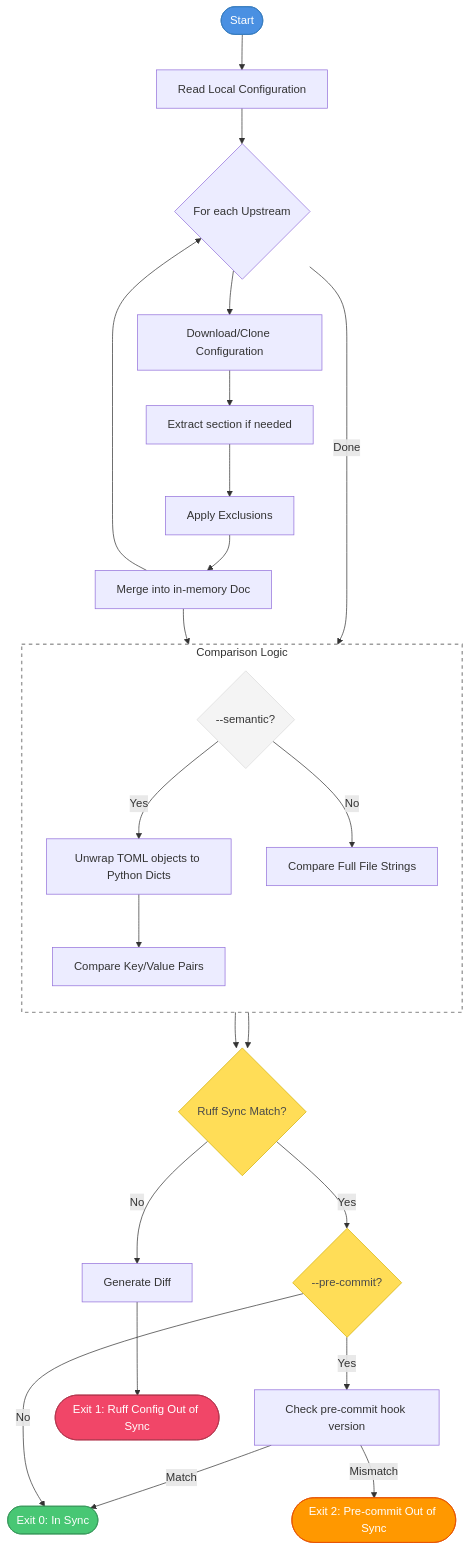
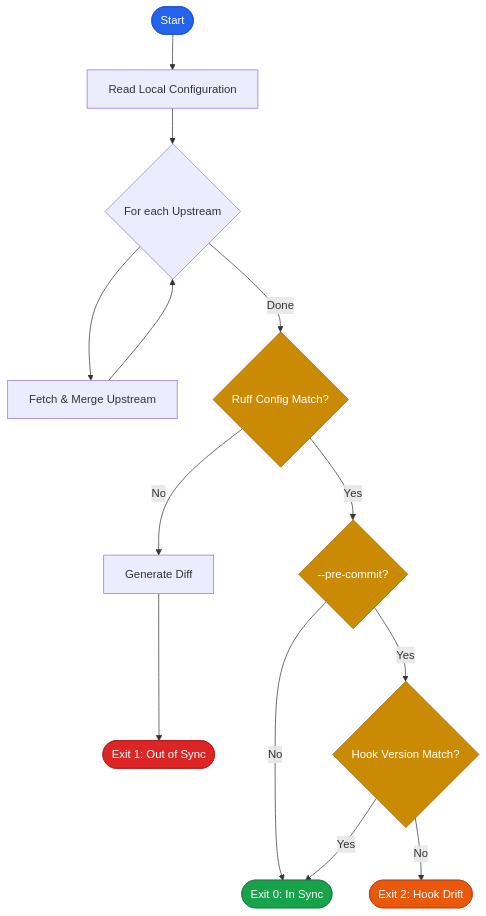
One commit to Kilo59/ruff-sync changed the second of 2 diagrams in docs/usage.md. Above: the diagram before and after it, drawn with Mermaid. The commit also changed other lines of this file and 5 other files, not shown here.

````diff
--- a/docs/usage.md
+++ b/docs/usage.md
@@ -165,43 +172,26 @@
 ```mermaid
 flowchart TD
     Start([Start]) --> Local[Read Local Configuration]
     Local --> Upstreams{For each Upstream}
-    Upstreams --> Download[Download/Clone Configuration]
-    Download --> Extract[Extract section if needed]
-    Extract --> Exclude[Apply Exclusions]
-    Exclude --> Merge[Merge into in-memory Doc]
-    Merge --> Upstreams
-    Upstreams -- Done --> Comparison
+    Upstreams --> Fetch[Fetch & Merge Upstream]
+    Fetch --> Upstreams
+    Upstreams -- Done --> Compare{Ruff Config Match?}
 
-    subgraph Comparison [Comparison Logic]
-        direction TB
-        SemanticNode{--semantic?}
-        SemanticNode -- Yes --> Unwrap[Unwrap TOML objects to Python Dicts]
-        Unwrap --> CompareVal[Compare Key/Value Pairs]
-        SemanticNode -- No --> CompareFull[Compare Full File Strings]
-    end
+    Compare -- No --> Diff[Generate Diff]
+    Diff --> Fail([Exit 1: Out of Sync])
 
-    Merge --> Comparison
-
-    CompareVal --> ResultNode{Ruff Sync Match?}
-    CompareFull --> ResultNode
-
-    ResultNode -- Yes --> PCNode{--pre-commit?}
-    PCNode -- Yes --> CheckPC[Check pre-commit hook version]
-    CheckPC -- Match --> Success([Exit 0: In Sync])
-    CheckPC -- Mismatch --> PCOut([Exit 2: Pre-commit Out of Sync])
-    PCNode -- No --> Success
-
-    ResultNode -- No --> Diff[Generate Diff]
-    Diff --> Fail([Exit 1: Ruff Config Out of Sync])
+    Compare -- Yes --> PC{--pre-commit?}
+    PC -- No --> Success([Exit 0: In Sync])
+    PC -- Yes --> CheckPC{Hook Version Match?}
+    CheckPC -- Yes --> Success
+    CheckPC -- No --> PCOut([Exit 2: Hook Drift])
 
     %% Styling
-    style Start fill:#4a90e2,color:#fff,stroke:#357abd
-    style Success fill:#48c774,color:#fff,stroke:#36975a
-    style Fail fill:#f14668,color:#fff,stroke:#b2334b
-    style PCOut fill:#ff9800,color:#fff,stroke:#e65100
-    style ResultNode fill:#ffdd57,color:#4a4a4a,stroke:#d4b106
-    style PCNode fill:#ffdd57,color:#4a4a4a,stroke:#d4b106
-    style Comparison fill:none,stroke:#9e9e9e,stroke-dasharray: 5 5,stroke-width:2px
-    style SemanticNode fill:#f4f4f4,color:#363636,stroke:#dbdbdb
+    style Start fill:#2563eb,color:#fff,stroke:#1d4ed8
+    style Success fill:#16a34a,color:#fff,stroke:#15803d
+    style Fail fill:#dc2626,color:#fff,stroke:#b91c1c
+    style PCOut fill:#ea580c,color:#fff,stroke:#c2410c
+    style Compare fill:#ca8a04,color:#fff,stroke:#a16207
+    style PC fill:#ca8a04,color:#fff,stroke:#a16207
+    style CheckPC fill:#ca8a04,color:#fff,stroke:#a16207
 ```
````
